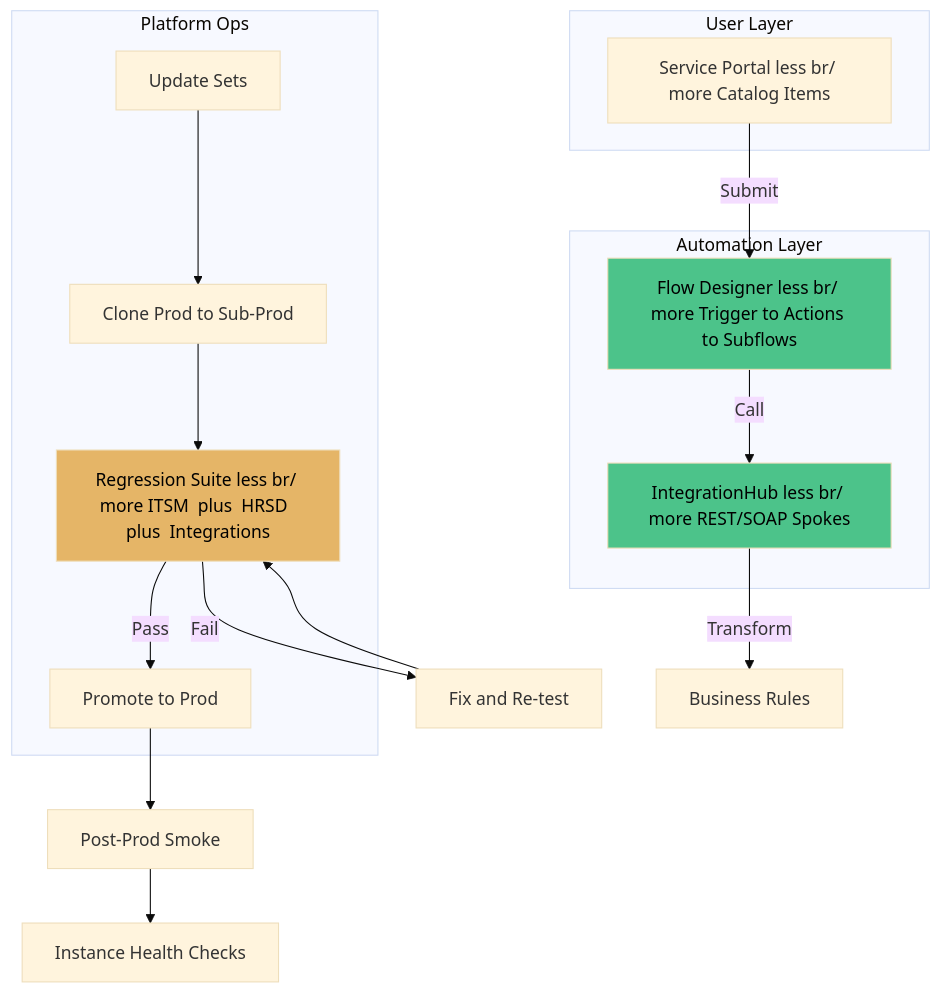
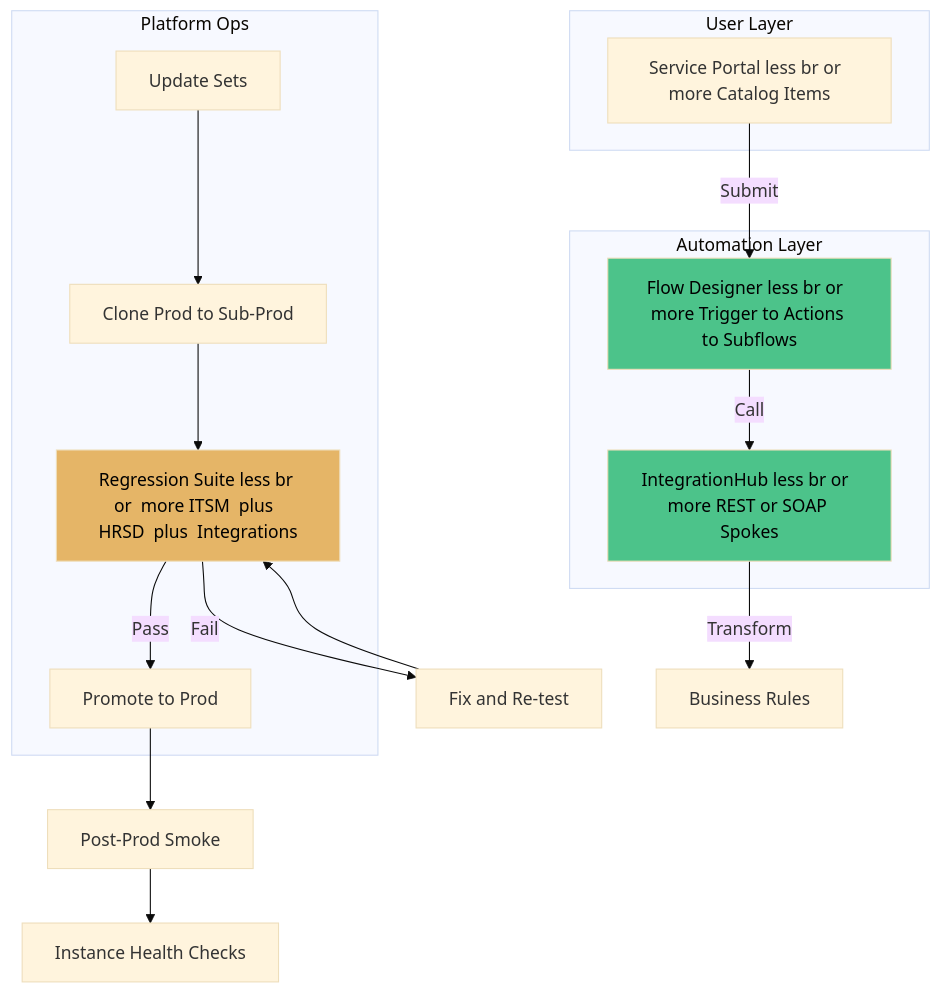
One commit to eltonaguiar/ServiceNow_Learning_TSOM-_CSM_FSM_SalesCRM_HAM_ITSM changed the sixth of 6 diagrams in docs/modules/other/other-guide.md. Above: the diagram before and after it, drawn with Mermaid (base theme). The commit also changed other lines of this file and 19 other files, not shown here.

First line of the commit message:
Fix Mermaid diagram syntax errors - replace problematic chars in text content only

````diff
--- a/docs/modules/other/other-guide.md
+++ b/docs/modules/other/other-guide.md
@@ -1405,29 +1405,29 @@
 ```mermaid
 flowchart TD
     subgraph "User Layer"
-        SP[Service Portal less br/ more Catalog Items]
+        SP[Service Portal less br or  more Catalog Items]
     end
     subgraph "Automation Layer"
-        FD[Flow Designer less br/ more Trigger to Actions to Subflows]
-        IH[IntegrationHub less br/ more REST/SOAP Spokes]
+        FD[Flow Designer less br or  more Trigger to Actions to Subflows]
+        IH[IntegrationHub less br or  more REST or SOAP Spokes]
     end
     subgraph "Platform Ops"
         US[Update Sets]
         CLONE[Clone Prod to Sub-Prod]
-        REG[Regression Suite less br/ more ITSM  plus  HRSD  plus  Integrations]
+        REG[Regression Suite less br or  more ITSM  plus  HRSD  plus  Integrations]
         PROMOTE[Promote to Prod]
     end
     SP -->|Submit| FD
     FD -->|Call| IH
     IH -->|Transform| BR[Business Rules]
     US --> CLONE
     CLONE --> REG
     REG -->|Pass| PROMOTE
     REG -->|Fail| FIX[Fix  and  Re-test]
     FIX --> REG
     PROMOTE --> SMOKE[Post-Prod Smoke]
     SMOKE --> HEALTH[Instance Health Checks]
     style FD fill:#4cc38a,color:#000
     style IH fill:#4cc38a,color:#000
     style REG fill:#e5b567,color:#000
 ```
````
